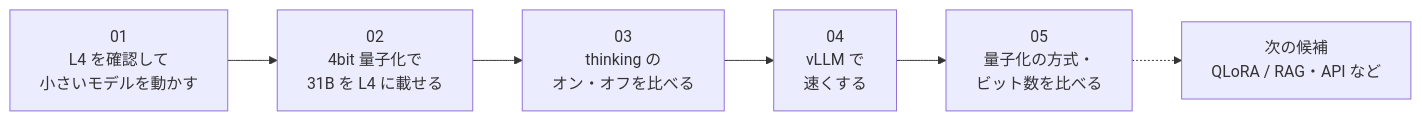
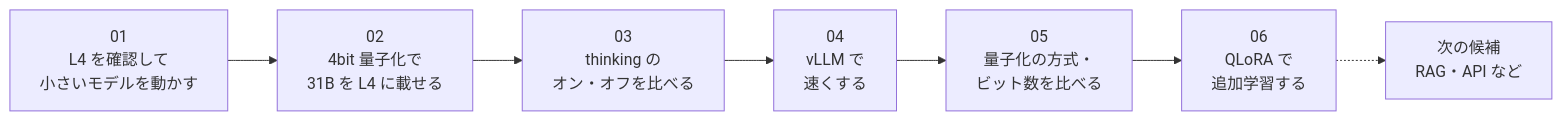
One commit to moruku36/colab-oss-lab changed the diagram in README.md. Above: the diagram before and after it, drawn with Mermaid. The commit also changed other lines of this file and 8 other files, not shown here.

````diff
--- a/README.md
+++ b/README.md
@@ -35,8 +35,9 @@
 ```mermaid
 flowchart LR
     E01["01<br/>L4 を確認して<br/>小さいモデルを動かす"] --> E02["02<br/>4bit 量子化で<br/>31B を L4 に載せる"]
     E02 --> E03["03<br/>thinking の<br/>オン・オフを比べる"]
     E03 --> E04["04<br/>vLLM で<br/>速くする"]
     E04 --> E05["05<br/>量子化の方式・<br/>ビット数を比べる"]
-    E05 -.-> NEXT["次の候補<br/>QLoRA / RAG・API など"]
+    E05 --> E06["06<br/>QLoRA で<br/>追加学習する"]
+    E06 -.-> NEXT["次の候補<br/>RAG・API など"]
 ```
````
